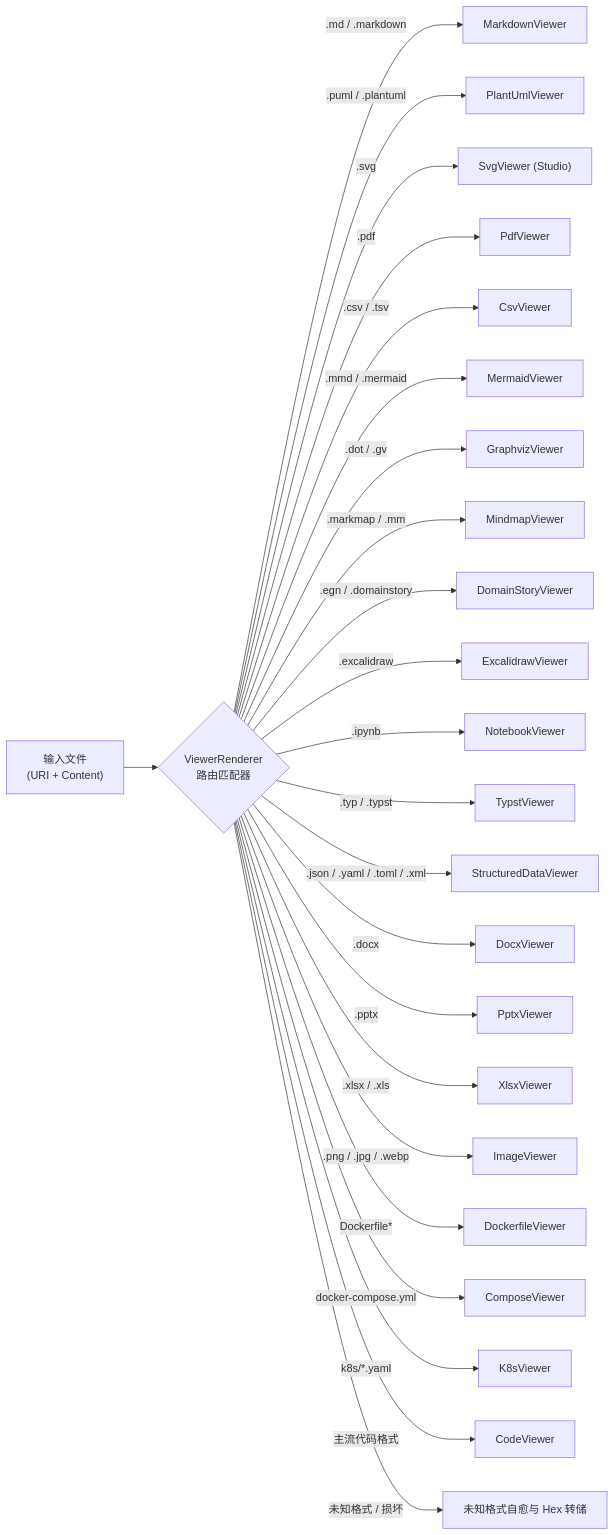
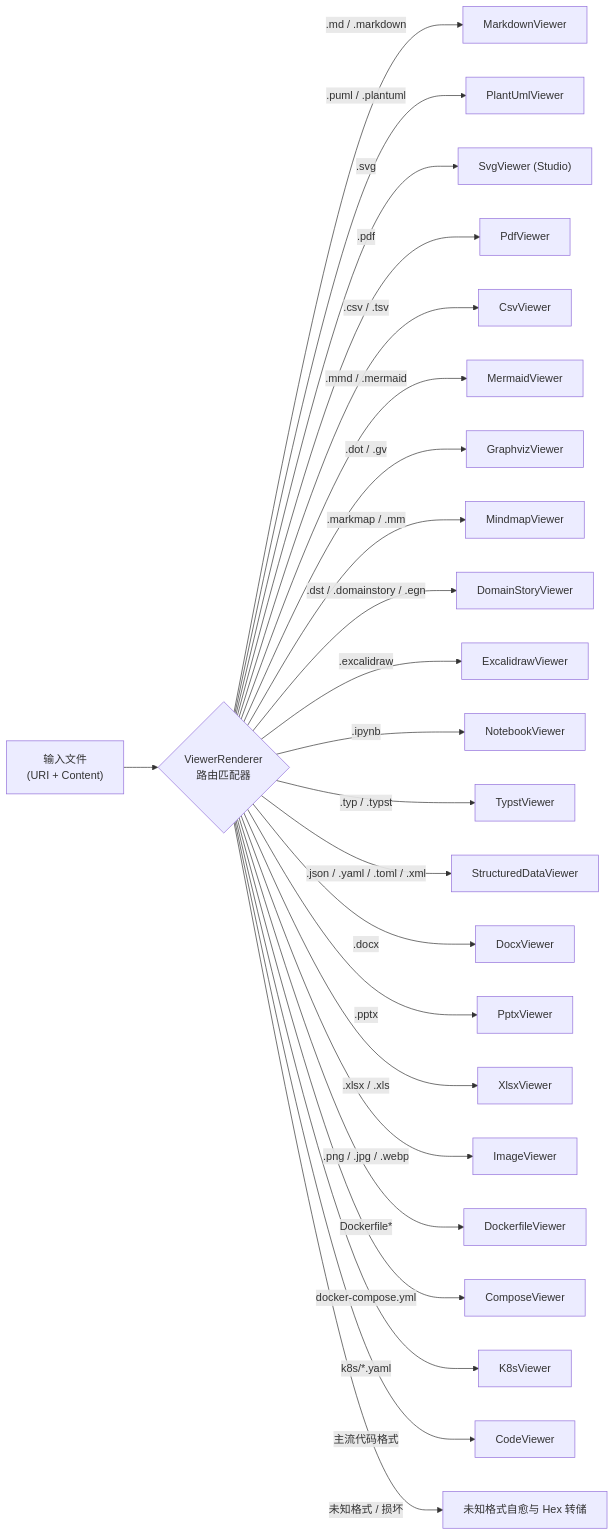
One commit to fsyyzz/OmniView-Open changed the fourth of 6 diagrams in docs/architecture.md. Above: the diagram before and after it, drawn with Mermaid. The commit also changed 18 other files, not shown here.

````diff
--- a/docs/architecture.md
+++ b/docs/architecture.md
@@ -113,27 +113,27 @@
 ```mermaid
 flowchart LR
     File["输入文件<br/>(URI + Content)"] --> Router{"ViewerRenderer<br/>路由匹配器"}
 
     Router -->|".md / .markdown"| D_MD["MarkdownViewer"]
     Router -->|".puml / .plantuml"| D_PUML["PlantUmlViewer"]
     Router -->|".svg"| D_SVG["SvgViewer (Studio)"]
     Router -->|".pdf"| D_PDF["PdfViewer"]
     Router -->|".csv / .tsv"| D_CSV["CsvViewer"]
     Router -->|".mmd / .mermaid"| D_MMD["MermaidViewer"]
     Router -->|".dot / .gv"| D_GV["GraphvizViewer"]
     Router -->|".markmap / .mm"| D_MM["MindmapViewer"]
-    Router -->|".egn / .domainstory"| D_DS["DomainStoryViewer"]
+    Router -->|".dst / .domainstory / .egn"| D_DS["DomainStoryViewer"]
     Router -->|".excalidraw"| D_EXC["ExcalidrawViewer"]
     Router -->|".ipynb"| D_NB["NotebookViewer"]
     Router -->|".typ / .typst"| D_TYP["TypstViewer"]
     Router -->|".json / .yaml / .toml / .xml"| D_DATA["StructuredDataViewer"]
     Router -->|".docx"| D_DOCX["DocxViewer"]
     Router -->|".pptx"| D_PPTX["PptxViewer"]
     Router -->|".xlsx / .xls"| D_XLSX["XlsxViewer"]
     Router -->|".png / .jpg / .webp"| D_IMG["ImageViewer"]
     Router -->|"Dockerfile*"| D_DF["DockerfileViewer"]
     Router -->|"docker-compose.yml"| D_DC["ComposeViewer"]
     Router -->|"k8s/*.yaml"| D_K8S["K8sViewer"]
     Router -->|"主流代码格式"| D_CODE["CodeViewer"]
     Router -->|"未知格式 / 损坏"| D_FALLBACK["未知格式自愈与 Hex 转储"]
 ```
````
